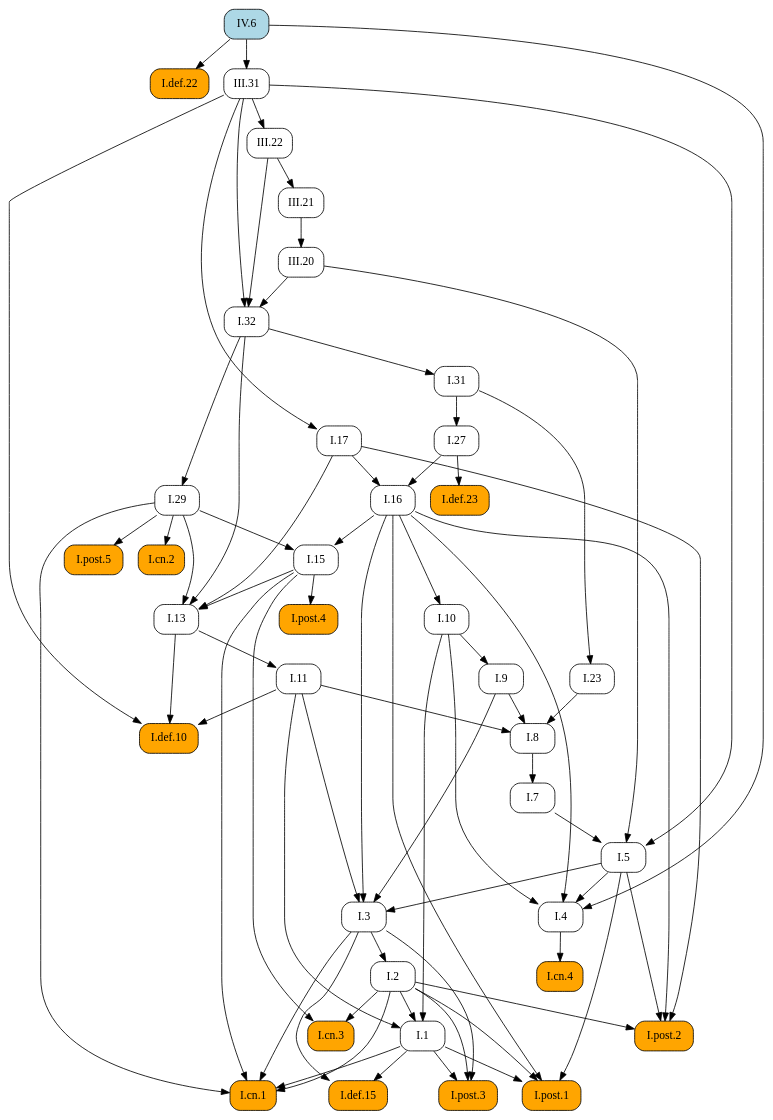
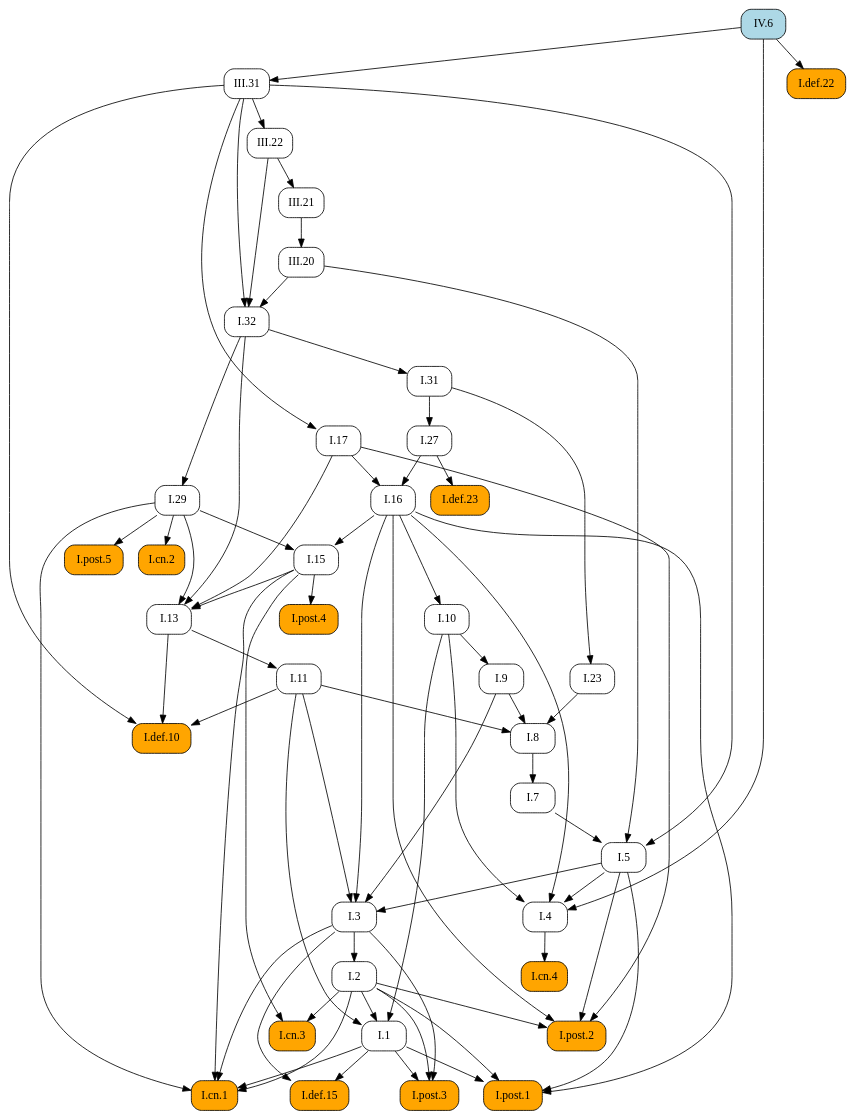
Before and after one commit to geometor/elements: the diagram in docsrc/elements2/IV/6/index.rst, drawn with Graphviz. The commit also changed other lines of this file and 409 other files, not shown here.

First line of the commit message:
feat: Add image cropping and graphic extraction script

```diff
--- a/docsrc/elements2/IV/6/index.rst
+++ b/docsrc/elements2/IV/6/index.rst
@@ -64,112 +64,112 @@
    digraph {
      rankdir="TB";
      node [shape=box, style=rounded];
+     "I.31" [URL="/elements2/I/31/", target="_top"];
      "I.8" [URL="/elements2/I/8/", target="_top"];
+     "I.5" [URL="/elements2/I/5/", target="_top"];
+     "I.15" [URL="/elements2/I/15/", target="_top"];
+     "IV.6" [style="rounded,filled", fillcolor=lightblue, URL="/elements2/IV/6/", target="_top"];
+     "I.17" [URL="/elements2/I/17/", target="_top"];
+     "I.cn.1" [style="rounded,filled", fillcolor=orange, URL="/elements2/I/cn.1/", target="_top"];
      "I.32" [URL="/elements2/I/32/", target="_top"];
-     "IV.6" [style="rounded,filled", fillcolor=lightblue, URL="/elements2/IV/6/", target="_top"];
-     "I.post.1" [style="rounded,filled", fillcolor=orange, URL="/elements2/I/post.1/", target="_top"];
-     "I.5" [URL="/elements2/I/5/", target="_top"];
+     "I.7" [URL="/elements2/I/7/", target="_top"];
+     "I.23" [URL="/elements2/I/23/", target="_top"];
      "I.def.22" [style="rounded,filled", fillcolor=orange, URL="/elements2/I/def.22/", target="_top"];
-     "I.post.5" [style="rounded,filled", fillcolor=orange, URL="/elements2/I/post.5/", target="_top"];
-     "I.def.10" [style="rounded,filled", fillcolor=orange, URL="/elements2/I/def.10/", target="_top"];
-     "I.cn.2" [style="rounded,filled", fillcolor=orange, URL="/elements2/I/cn.2/", target="_top"];
-     "III.22" [URL="/elements2/III/22/", target="_top"];
+     "I.16" [URL="/elements2/I/16/", target="_top"];
+     "III.20" [URL="/elements2/III/20/", target="_top"];
      "I.def.15" [style="rounded,filled", fillcolor=orange, URL="/elements2/I/def.15/", target="_top"];
      "III.31" [URL="/elements2/III/31/", target="_top"];
-     "I.31" [URL="/elements2/I/31/", target="_top"];
+     "I.def.10" [style="rounded,filled", fillcolor=orange, URL="/elements2/I/def.10/", target="_top"];
      "I.11" [URL="/elements2/I/11/", target="_top"];
-     "I.post.2" [style="rounded,filled", fillcolor=orange, URL="/elements2/I/post.2/", target="_top"];
+     "I.post.4" [style="rounded,filled", fillcolor=orange, URL="/elements2/I/post.4/", target="_top"];
+     "I.def.23" [style="rounded,filled", fillcolor=orange, URL="/elements2/I/def.23/", target="_top"];
+     "I.post.5" [style="rounded,filled", fillcolor=orange, URL="/elements2/I/post.5/", target="_top"];
      "I.3" [URL="/elements2/I/3/", target="_top"];
-     "I.def.23" [style="rounded,filled", fillcolor=orange, URL="/elements2/I/def.23/", target="_top"];
-     "I.1" [URL="/elements2/I/1/", target="_top"];
-     "I.cn.4" [style="rounded,filled", fillcolor=orange, URL="/elements2/I/cn.4/", target="_top"];
+     "III.22" [URL="/elements2/III/22/", target="_top"];
+     "I.10" [URL="/elements2/I/10/", target="_top"];
+     "III.21" [URL="/elements2/III/21/", target="_top"];
      "I.cn.3" [style="rounded,filled", fillcolor=orange, URL="/elements2/I/cn.3/", target="_top"];
-     "III.21" [URL="/elements2/III/21/", target="_top"];
-     "III.20" [URL="/elements2/III/20/", target="_top"];
-     "I.17" [URL="/elements2/I/17/", target="_top"];
-     "I.7" [URL="/elements2/I/7/", target="_top"];
+     "I.13" [URL="/elements2/I/13/", target="_top"];
+     "I.4" [URL="/elements2/I/4/", target="_top"];
+     "I.post.3" [style="rounded,filled", fillcolor=orange, URL="/elements2/I/post.3/", target="_top"];
      "I.9" [URL="/elements2/I/9/", target="_top"];
-     "I.cn.1" [style="rounded,filled", fillcolor=orange, URL="/elements2/I/cn.1/", target="_top"];
      "I.29" [URL="/elements2/I/29/", target="_top"];
-     "I.16" [URL="/elements2/I/16/", target="_top"];
-     "I.post.4" [style="rounded,filled", fillcolor=orange, URL="/elements2/I/post.4/", target="_top"];
-     "I.13" [URL="/elements2/I/13/", target="_top"];
+     "I.post.1" [style="rounded,filled", fillcolor=orange, URL="/elements2/I/post.1/", target="_top"];
      "I.2" [URL="/elements2/I/2/", target="_top"];
      "I.27" [URL="/elements2/I/27/", target="_top"];
-     "I.4" [URL="/elements2/I/4/", target="_top"];
-     "I.10" [URL="/elements2/I/10/", target="_top"];
-     "I.15" [URL="/elements2/I/15/", target="_top"];
-     "I.23" [URL="/elements2/I/23/", target="_top"];
-     "I.post.3" [style="rounded,filled", fillcolor=orange, URL="/elements2/I/post.3/", target="_top"];
+     "I.cn.4" [style="rounded,filled", fillcolor=orange, URL="/elements2/I/cn.4/", target="_top"];
+     "I.cn.2" [style="rounded,filled", fillcolor=orange, URL="/elements2/I/cn.2/", target="_top"];
+     "I.1" [URL="/elements2/I/1/", target="_top"];
+     "I.post.2" [style="rounded,filled", fillcolor=orange, URL="/elements2/I/post.2/", target="_top"];
+     "I.32" -> "I.31";
      "I.9" -> "I.8";
      "I.11" -> "I.8";
      "I.23" -> "I.8";
-     "III.20" -> "I.32";
-     "III.22" -> "I.32";
-     "III.31" -> "I.32";
-     "I.1" -> "I.post.1";
-     "I.2" -> "I.post.1";
-     "I.5" -> "I.post.1";
-     "I.16" -> "I.post.1";
      "I.7" -> "I.5";
      "III.20" -> "I.5";
      "III.31" -> "I.5";
-     "IV.6" -> "I.def.22";
-     "I.29" -> "I.post.5";
-     "I.11" -> "I.def.10";
-     "I.13" -> "I.def.10";
-     "III.31" -> "I.def.10";
-     "I.29" -> "I.cn.2";
-     "III.31" -> "III.22";
-     "I.1" -> "I.def.15";
-     "I.3" -> "I.def.15";
-     "IV.6" -> "III.31";
-     "I.32" -> "I.31";
-     "I.13" -> "I.11";
-     "I.2" -> "I.post.2";
-     "I.5" -> "I.post.2";
-     "I.16" -> "I.post.2";
-     "I.17" -> "I.post.2";
-     "I.5" -> "I.3";
-     "I.9" -> "I.3";
-     "I.11" -> "I.3";
-     "I.16" -> "I.3";
-     "I.27" -> "I.def.23";
-     "I.2" -> "I.1";
-     "I.10" -> "I.1";
-     "I.11" -> "I.1";
-     "I.4" -> "I.cn.4";
-     "I.2" -> "I.cn.3";
-     "I.15" -> "I.cn.3";
-     "III.22" -> "III.21";
-     "III.21" -> "III.20";
+     "I.16" -> "I.15";
+     "I.29" -> "I.15";
      "III.31" -> "I.17";
-     "I.8" -> "I.7";
-     "I.10" -> "I.9";
      "I.1" -> "I.cn.1";
      "I.2" -> "I.cn.1";
      "I.3" -> "I.cn.1";
      "I.15" -> "I.cn.1";
      "I.29" -> "I.cn.1";
-     "I.32" -> "I.29";
+     "III.20" -> "I.32";
+     "III.22" -> "I.32";
+     "III.31" -> "I.32";
+     "I.8" -> "I.7";
+     "I.31" -> "I.23";
+     "IV.6" -> "I.def.22";
      "I.17" -> "I.16";
      "I.27" -> "I.16";
+     "III.21" -> "III.20";
+     "I.1" -> "I.def.15";
+     "I.3" -> "I.def.15";
+     "IV.6" -> "III.31";
+     "I.11" -> "I.def.10";
+     "I.13" -> "I.def.10";
+     "III.31" -> "I.def.10";
+     "I.13" -> "I.11";
      "I.15" -> "I.post.4";
+     "I.27" -> "I.def.23";
+     "I.29" -> "I.post.5";
+     "I.5" -> "I.3";
+     "I.9" -> "I.3";
+     "I.11" -> "I.3";
+     "I.16" -> "I.3";
+     "III.31" -> "III.22";
+     "I.16" -> "I.10";
+     "III.22" -> "III.21";
+     "I.2" -> "I.cn.3";
+     "I.15" -> "I.cn.3";
      "I.15" -> "I.13";
      "I.17" -> "I.13";
      "I.29" -> "I.13";
      "I.32" -> "I.13";
-     "I.3" -> "I.2";
-     "I.31" -> "I.27";
      "I.5" -> "I.4";
      "I.10" -> "I.4";
      "I.16" -> "I.4";
      "IV.6" -> "I.4";
-     "I.16" -> "I.10";
-     "I.16" -> "I.15";
-     "I.29" -> "I.15";
-     "I.31" -> "I.23";
      "I.1" -> "I.post.3";
      "I.2" -> "I.post.3";
      "I.3" -> "I.post.3";
+     "I.10" -> "I.9";
+     "I.32" -> "I.29";
+     "I.1" -> "I.post.1";
+     "I.2" -> "I.post.1";
+     "I.5" -> "I.post.1";
+     "I.16" -> "I.post.1";
+     "I.3" -> "I.2";
+     "I.31" -> "I.27";
+     "I.4" -> "I.cn.4";
+     "I.29" -> "I.cn.2";
+     "I.2" -> "I.1";
+     "I.10" -> "I.1";
+     "I.11" -> "I.1";
+     "I.2" -> "I.post.2";
+     "I.5" -> "I.post.2";
+     "I.16" -> "I.post.2";
+     "I.17" -> "I.post.2";
    }
```
